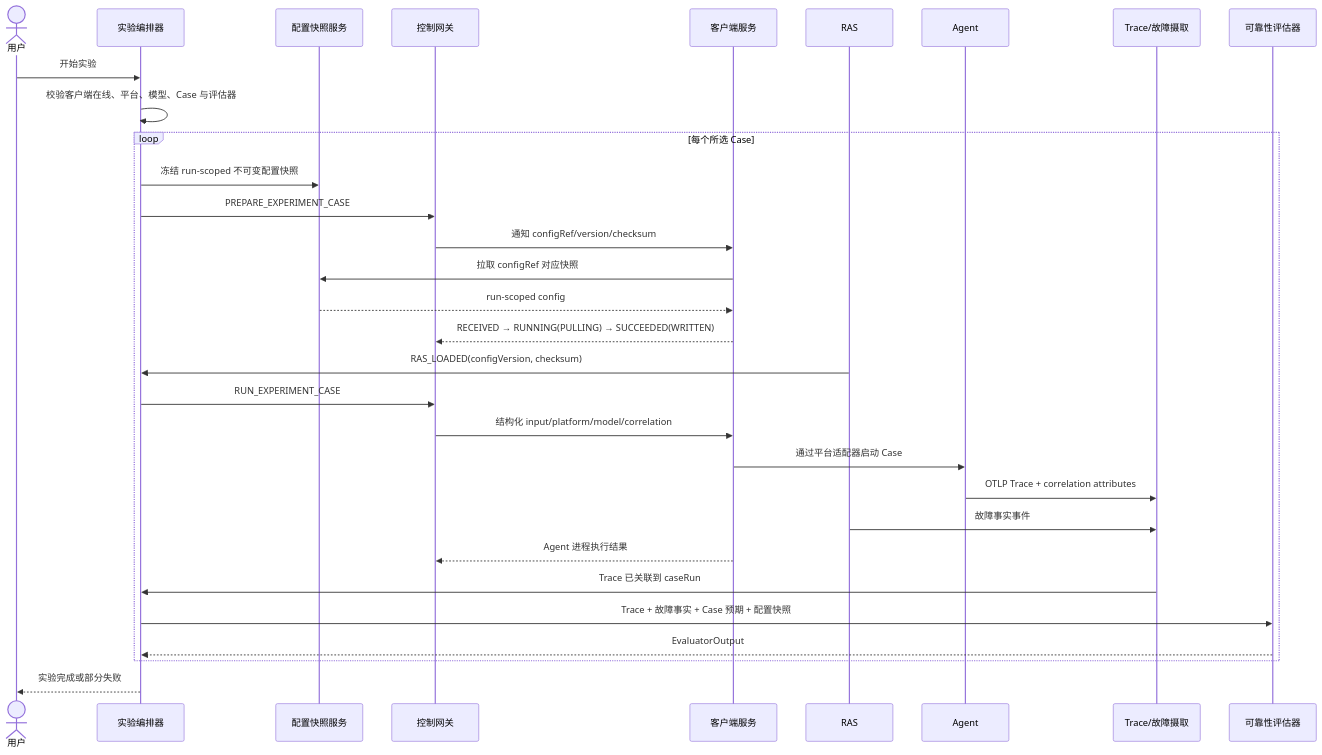
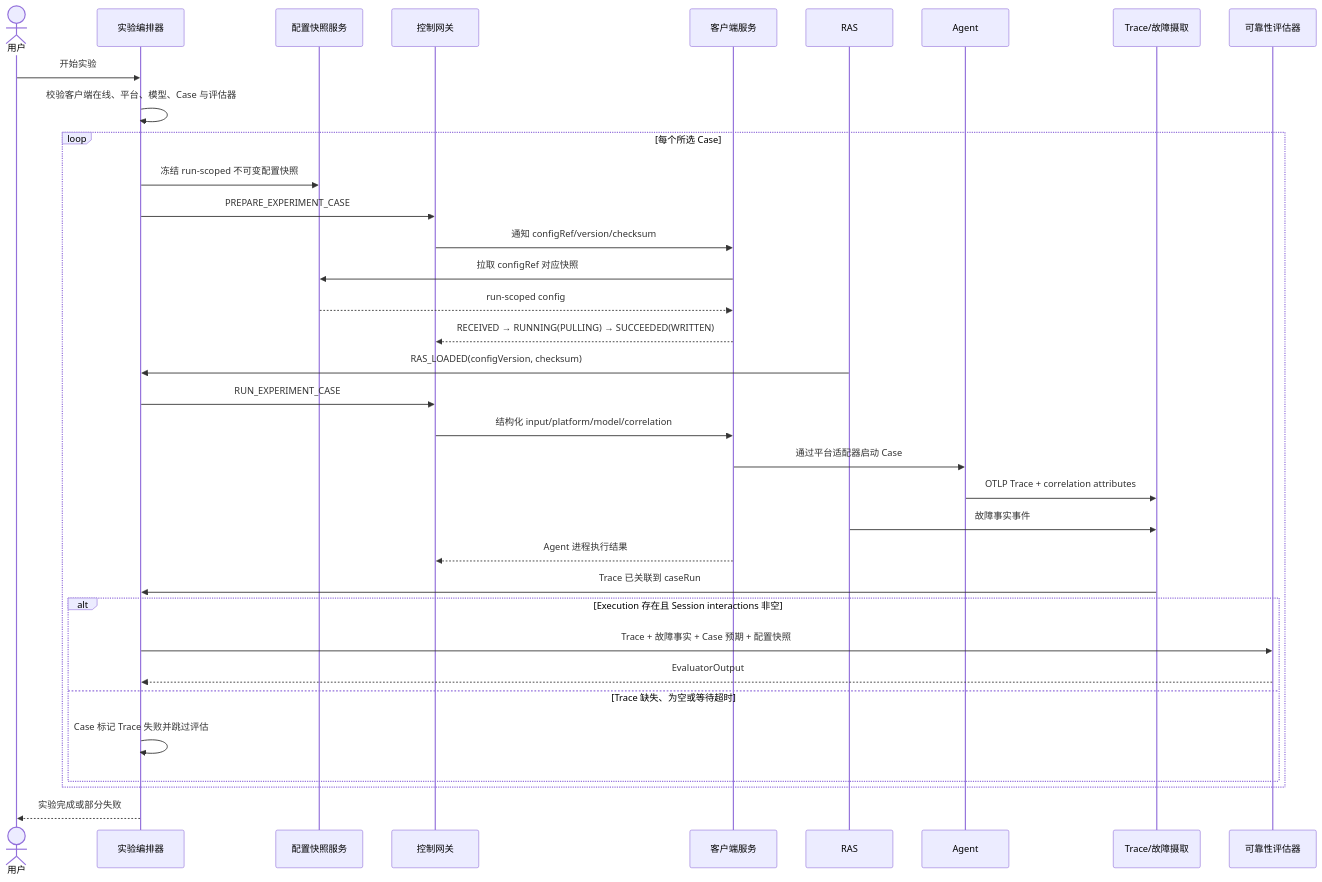
One commit to openeuler-mirror/agent-insight changed the fourth of 4 diagrams in docs/agent-ras/designs/features/Agent RAS 可靠性闭环-服务端与客户端交互设计.md. Above: the diagram before and after it, drawn with Mermaid. The commit also changed other lines of this file and 41 other files, not shown here.

````diff
--- a/docs/agent-ras/designs/features/Agent RAS 可靠性闭环-服务端与客户端交互设计.md
+++ b/docs/agent-ras/designs/features/Agent RAS 可靠性闭环-服务端与客户端交互设计.md
@@ -398,34 +398,38 @@
 ```mermaid
 sequenceDiagram
     actor U as 用户
     participant E as 实验编排器
     participant S as 配置快照服务
     participant G as 控制网关
     participant C as 客户端服务
     participant R as RAS
     participant A as Agent
     participant T as Trace/故障摄取
     participant V as 可靠性评估器
 
     U->>E: 开始实验
     E->>E: 校验客户端在线、平台、模型、Case 与评估器
     loop 每个所选 Case
         E->>S: 冻结 run-scoped 不可变配置快照
         E->>G: PREPARE_EXPERIMENT_CASE
         G->>C: 通知 configRef/version/checksum
         C->>S: 拉取 configRef 对应快照
         S-->>C: run-scoped config
         C-->>G: RECEIVED → RUNNING(PULLING) → SUCCEEDED(WRITTEN)
         R->>E: RAS_LOADED(configVersion, checksum)
         E->>G: RUN_EXPERIMENT_CASE
         G->>C: 结构化 input/platform/model/correlation
         C->>A: 通过平台适配器启动 Case
         A->>T: OTLP Trace + correlation attributes
         R->>T: 故障事实事件
         C-->>G: Agent 进程执行结果
         T->>E: Trace 已关联到 caseRun
-        E->>V: Trace + 故障事实 + Case 预期 + 配置快照
-        V-->>E: EvaluatorOutput
+        alt Execution 存在且 Session interactions 非空
+            E->>V: Trace + 故障事实 + Case 预期 + 配置快照
+            V-->>E: EvaluatorOutput
+        else Trace 缺失、为空或等待超时
+            E->>E: Case 标记 Trace 失败并跳过评估
+        end
     end
     E-->>U: 实验完成或部分失败
 ```
````
